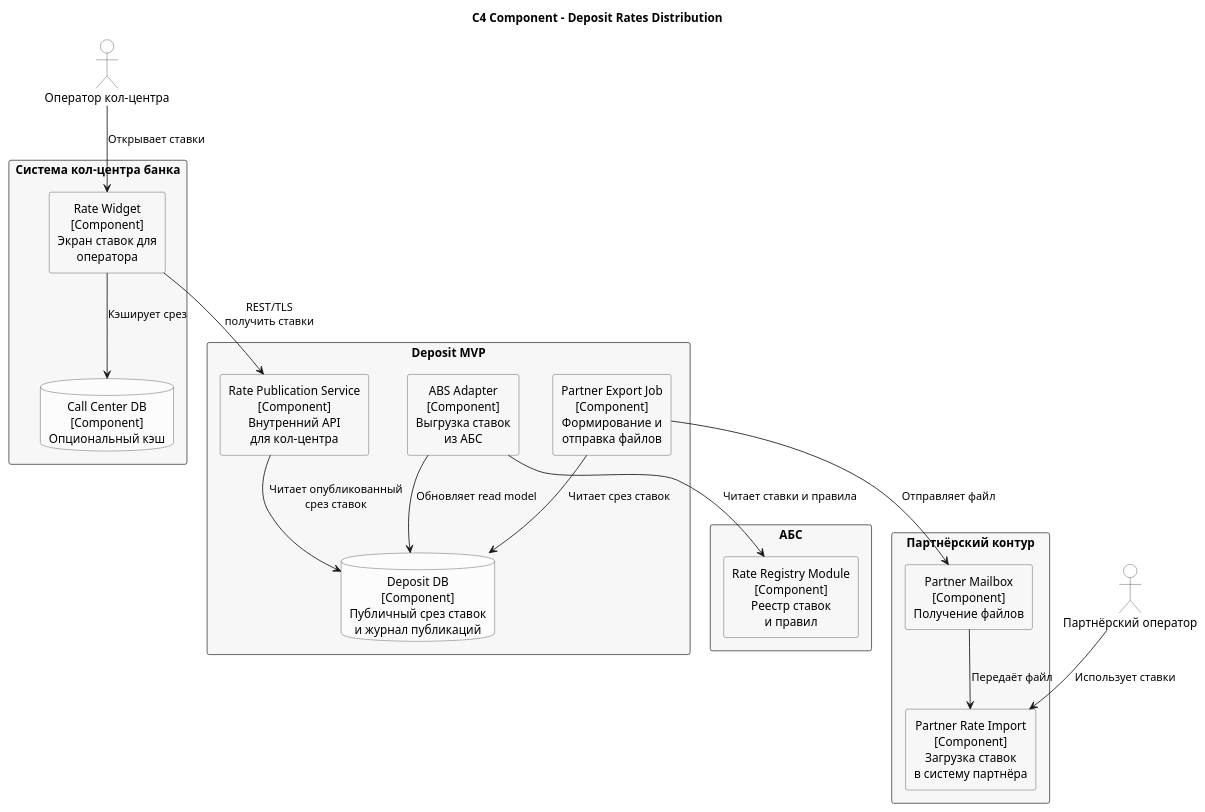
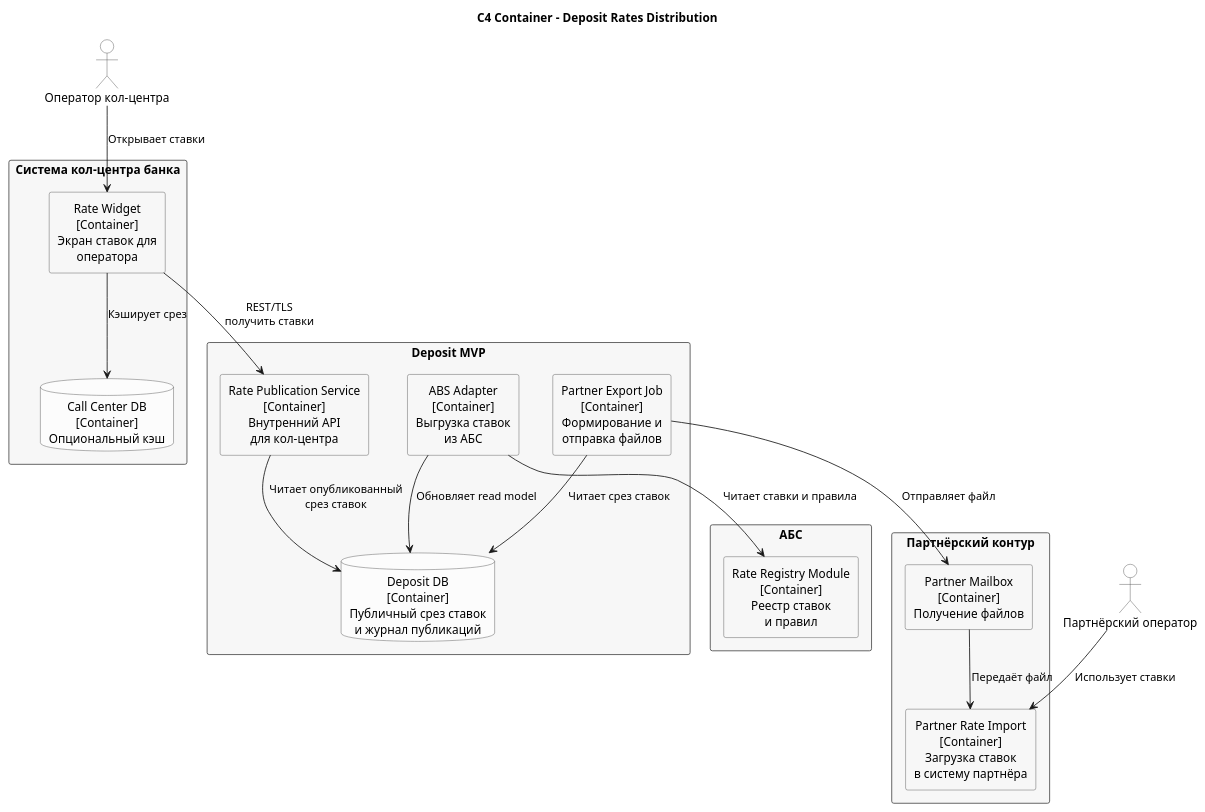
Before and after one commit to gigagrig/architecture-pro-standart: the diagram in Task4/call-center-rates-components.puml, drawn with PlantUML. The commit also changed 1 other file, not shown here.

Commit message:
fixed Component -> Container

```diff
--- a/Task4/call-center-rates-components.puml
+++ b/Task4/call-center-rates-components.puml
@@ -1,57 +1,57 @@
 @startuml
-title C4 Component - Deposit Rates Distribution
+title C4 Container - Deposit Rates Distribution
 
 skinparam shadowing false
 skinparam defaultTextAlignment center
 skinparam packageStyle rectangle
 skinparam rectangle {
   BorderColor #4A4A4A
   BackgroundColor #F7F7F7
 }
 skinparam database {
   BorderColor #4A4A4A
   BackgroundColor #FCFCFC
 }
 skinparam actor {
   BorderColor #4A4A4A
   BackgroundColor #FFFFFF
 }
 
 actor "Оператор кол-центра" as BankAgent
 actor "Партнёрский оператор" as PartnerAgent
 
 package "АБС" {
-  rectangle "Rate Registry Module\n[Component]\nРеестр ставок\nи правил" as RateRegistry
+  rectangle "Rate Registry Module\n[Container]\nРеестр ставок\nи правил" as RateRegistry
 }
 
 package "Deposit MVP" {
-  rectangle "ABS Adapter\n[Component]\nВыгрузка ставок\nиз АБС" as AbsAdapter
-  rectangle "Rate Publication Service\n[Component]\nВнутренний API\nдля кол-центра" as RatePublicationService
-  rectangle "Partner Export Job\n[Component]\nФормирование и\nотправка файлов" as PartnerExportJob
-  database "Deposit DB\n[Component]\nПубличный срез ставок\nи журнал публикаций" as DepositDb
+  rectangle "ABS Adapter\n[Container]\nВыгрузка ставок\nиз АБС" as AbsAdapter
+  rectangle "Rate Publication Service\n[Container]\nВнутренний API\nдля кол-центра" as RatePublicationService
+  rectangle "Partner Export Job\n[Container]\nФормирование и\nотправка файлов" as PartnerExportJob
+  database "Deposit DB\n[Container]\nПубличный срез ставок\nи журнал публикаций" as DepositDb
 }
 
 package "Система кол-центра банка" {
-  rectangle "Rate Widget\n[Component]\nЭкран ставок для\nоператора" as RateWidget
-  database "Call Center DB\n[Component]\nОпциональный кэш" as CallCenterDb
+  rectangle "Rate Widget\n[Container]\nЭкран ставок для\nоператора" as RateWidget
+  database "Call Center DB\n[Container]\nОпциональный кэш" as CallCenterDb
 }
 
 package "Партнёрский контур" {
-  rectangle "Partner Mailbox\n[Component]\nПолучение файлов" as PartnerMailbox
-  rectangle "Partner Rate Import\n[Component]\nЗагрузка ставок\nв систему партнёра" as PartnerRateImport
+  rectangle "Partner Mailbox\n[Container]\nПолучение файлов" as PartnerMailbox
+  rectangle "Partner Rate Import\n[Container]\nЗагрузка ставок\nв систему партнёра" as PartnerRateImport
 }
 
 BankAgent --> RateWidget : Открывает ставки
 RateWidget --> RatePublicationService : REST/TLS\nполучить ставки
 RateWidget --> CallCenterDb : Кэширует срез
 RatePublicationService --> DepositDb : Читает опубликованный\nсрез ставок
 
 AbsAdapter --> RateRegistry : Читает ставки и правила
 AbsAdapter --> DepositDb : Обновляет read model
 
 PartnerExportJob --> DepositDb : Читает срез ставок
 PartnerExportJob --> PartnerMailbox : Отправляет файл
 PartnerMailbox --> PartnerRateImport : Передаёт файл
 PartnerAgent --> PartnerRateImport : Использует ставки
 
 @enduml
```
